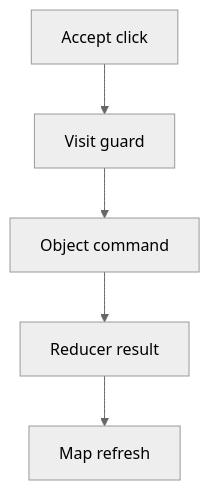
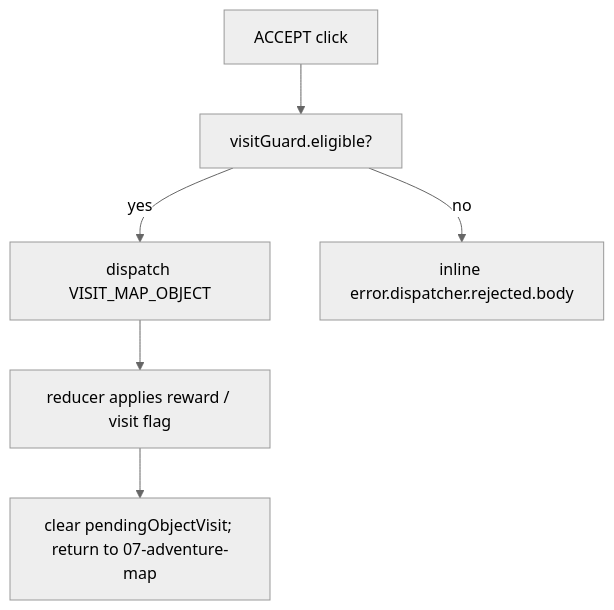
The third of 5 diagrams in docs/architecture/wiki/screens/09-map-object-dialog/architecture.md (SunaNoOshiro/Heroes_Reforged_AI_Realms), drawn with Mermaid (neutral theme) before and after one commit. The commit also changed other lines of this file and 518 other files, not shown here.

First line of the commit message:
Add doc-audit skill and sweep architecture/screen docs

````diff
--- a/docs/architecture/wiki/screens/09-map-object-dialog/architecture.md
+++ b/docs/architecture/wiki/screens/09-map-object-dialog/architecture.md
@@ -42,8 +41,8 @@
 ```mermaid
 flowchart TD
-  I0["Accept click"] --> I1
-  I1["Visit guard"] --> I2
-  I2["Object command"] --> I3
-  I3["Reducer result"] --> I4
-  I4["Map refresh"]
+  I0["ACCEPT click"] --> I1["visitGuard.eligible?"]
+  I1 -- yes --> I2["dispatch VISIT_MAP_OBJECT"]
+  I1 -- no --> IE["inline error.dispatcher.rejected.body"]
+  I2 --> I3["reducer applies reward / visit flag"]
+  I3 --> I4["clear pendingObjectVisit; return to 07-adventure-map"]
 ```
````
